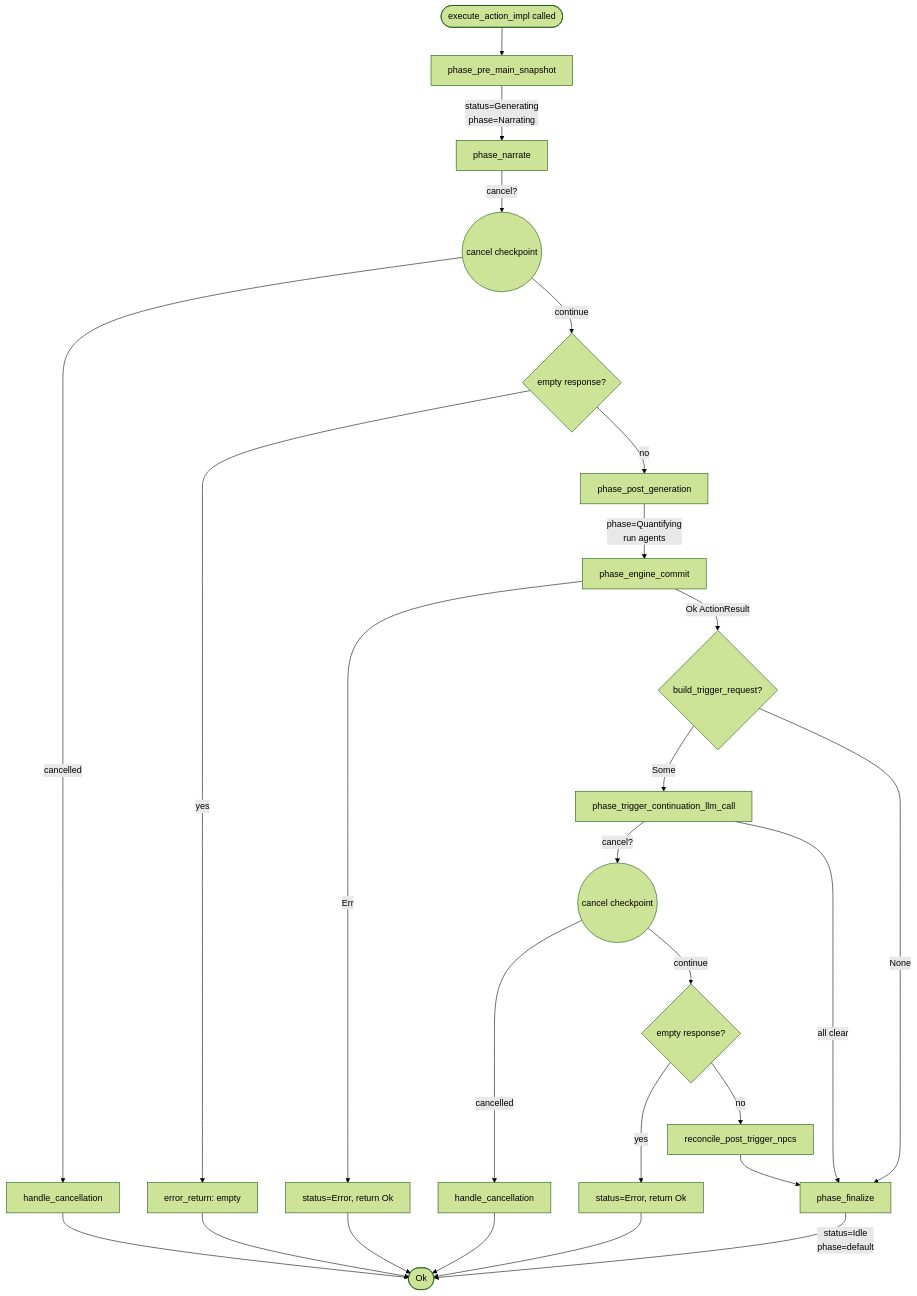
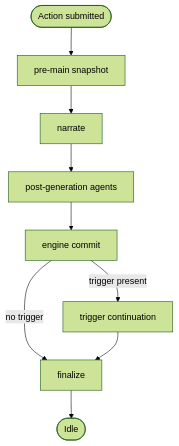
Before and after one commit to notsonormal/chronicler-engine: the diagram in chronicler_engine/docs/system/action_pipeline.md, drawn with Mermaid (forest theme). The commit also changed other lines of this file, not shown here.

Commit message:
Updated action pipeline md

````diff
--- a/chronicler_engine/docs/system/action_pipeline.md
+++ b/chronicler_engine/docs/system/action_pipeline.md
@@ -9,28 +9,11 @@
 ```mermaid
 flowchart TD
-    Start([execute_action_impl called]) --> Pre[phase_pre_main_snapshot]
-    Pre -->|status=Generating<br/>phase=Narrating| Narrate[phase_narrate]
-    Narrate -->|cancel?| CC1((cancel checkpoint))
-    CC1 -->|cancelled| HC1[handle_cancellation]
-    CC1 -->|continue| EmptyCheck{empty response?}
-    EmptyCheck -->|yes| ErrEmpty[error_return: empty]
-    EmptyCheck -->|no| PostGen[phase_post_generation]
-    PostGen -->|phase=Quantifying<br/>run agents| Commit[phase_engine_commit]
-    Commit -->|Err| ErrEngine[status=Error, return Ok]
-    Commit -->|Ok ActionResult| TriggerReq{build_trigger_request?}
-    TriggerReq -->|Some| TriggerCont[phase_trigger_continuation_llm_call]
-    TriggerReq -->|None| Finalize
-    TriggerCont -->|cancel?| CC2((cancel checkpoint))
-    CC2 -->|cancelled| HC2[handle_cancellation]
-    CC2 -->|continue| TriggerEmpty{empty response?}
-    TriggerEmpty -->|yes| ErrTrigger[status=Error, return Ok]
-    TriggerEmpty -->|no| Reconcile[reconcile_post_trigger_npcs]
-    Reconcile --> Finalize
-    TriggerCont -->|all clear| Finalize[phase_finalize]
-    Finalize -->|status=Idle<br/>phase=default| End([Ok])
-    HC1 --> End
-    HC2 --> End
-    ErrEmpty --> End
-    ErrEngine --> End
-    ErrTrigger --> End
+    Start([Action submitted]) --> Pre[pre-main snapshot]
+    Pre --> Narrate[narrate]
+    Narrate --> PostGen[post-generation agents]
+    PostGen --> Commit[engine commit]
+    Commit -->|trigger present| Trigger[trigger continuation]
+    Commit -->|no trigger| Finalize[finalize]
+    Trigger --> Finalize
+    Finalize --> End([Idle])
 ```
````
